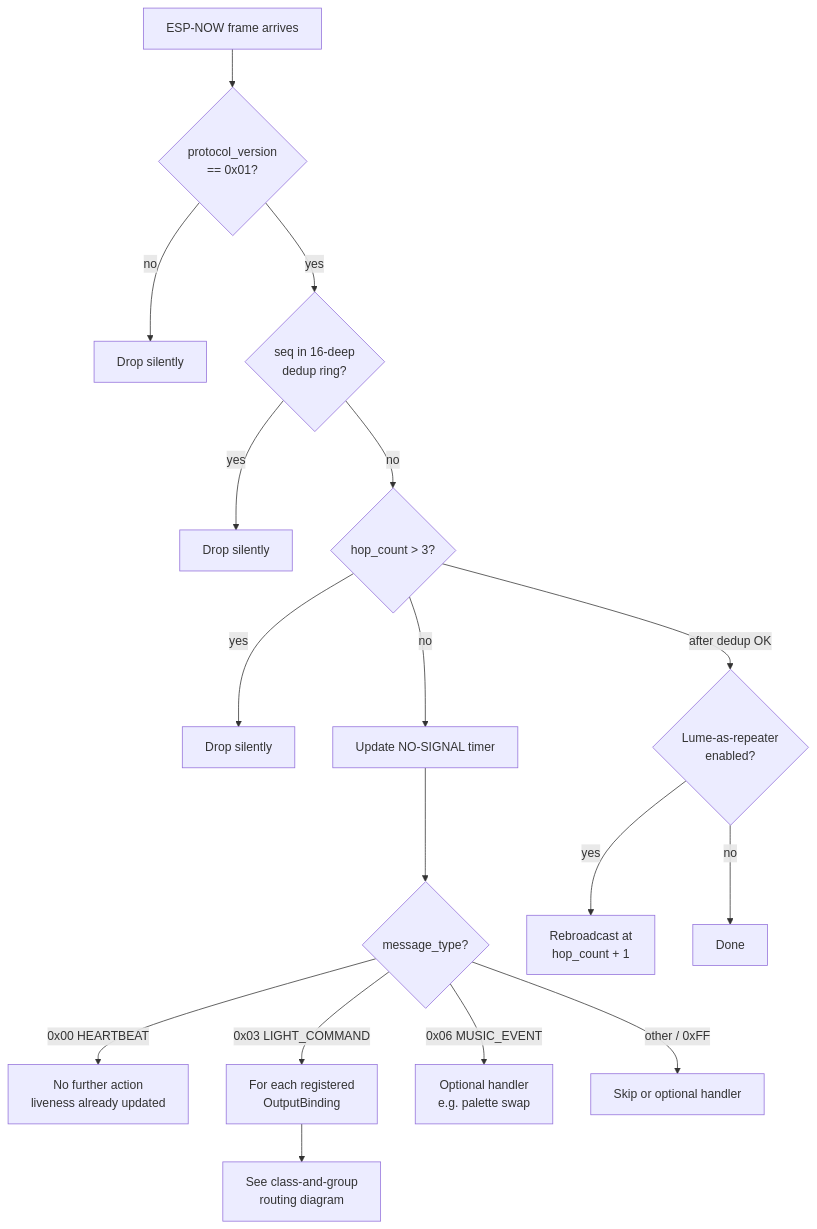
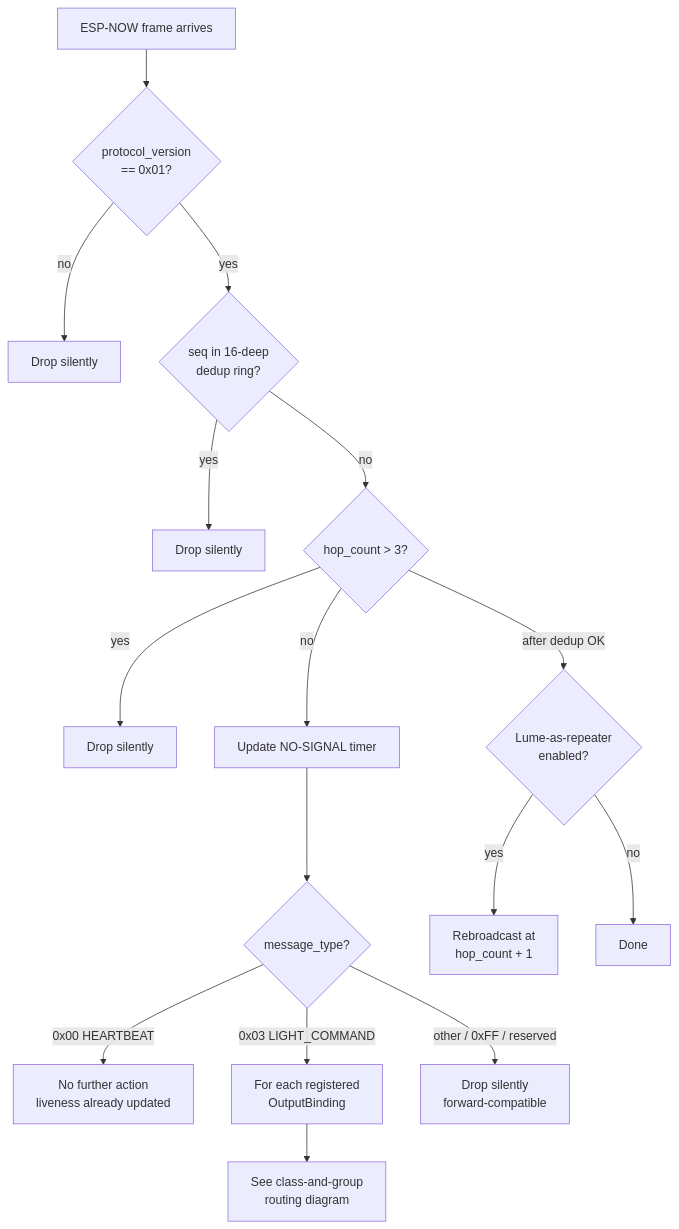
The sixth of 8 diagrams in docs/manuals/flow-diagrams.md (ratcliffej/nocturnation-stickc), drawn with Mermaid before and after one commit. The commit also changed other lines of this file and 5 other files, not shown here.

````diff
--- a/docs/manuals/flow-diagrams.md
+++ b/docs/manuals/flow-diagrams.md
@@ -176,24 +176,23 @@
 ```mermaid
 flowchart TD
     Recv[ESP-NOW frame arrives]
     Recv --> Ver{protocol_version<br/>== 0x01?}
     Ver -- "no" --> DropV[Drop silently]
     Ver -- "yes" --> Dedup{seq in 16-deep<br/>dedup ring?}
     Dedup -- "yes" --> DropD[Drop silently]
     Dedup -- "no" --> Hop{hop_count > 3?}
     Hop -- "yes" --> DropH[Drop silently]
     Hop -- "no" --> Live[Update NO-SIGNAL timer]
     Live --> Type{message_type?}
 
     Type -- "0x00 HEARTBEAT" --> NoOp[No further action<br/>liveness already updated]
     Type -- "0x03 LIGHT_COMMAND" --> ForEach[For each registered<br/>OutputBinding]
-    Type -- "0x06 MUSIC_EVENT" --> MusicH[Optional handler<br/>e.g. palette swap]
-    Type -- "other / 0xFF" --> Optional[Skip or optional handler]
+    Type -- "other / 0xFF / reserved" --> DropU[Drop silently<br/>forward-compatible]
 
     ForEach --> Route[See class-and-group<br/>routing diagram]
 
     Repeater{Lume-as-repeater<br/>enabled?}
     Hop -- "after dedup OK" --> Repeater
     Repeater -- "yes" --> ReTX[Rebroadcast at<br/>hop_count + 1]
     Repeater -- "no" --> End[Done]
 ```
````
